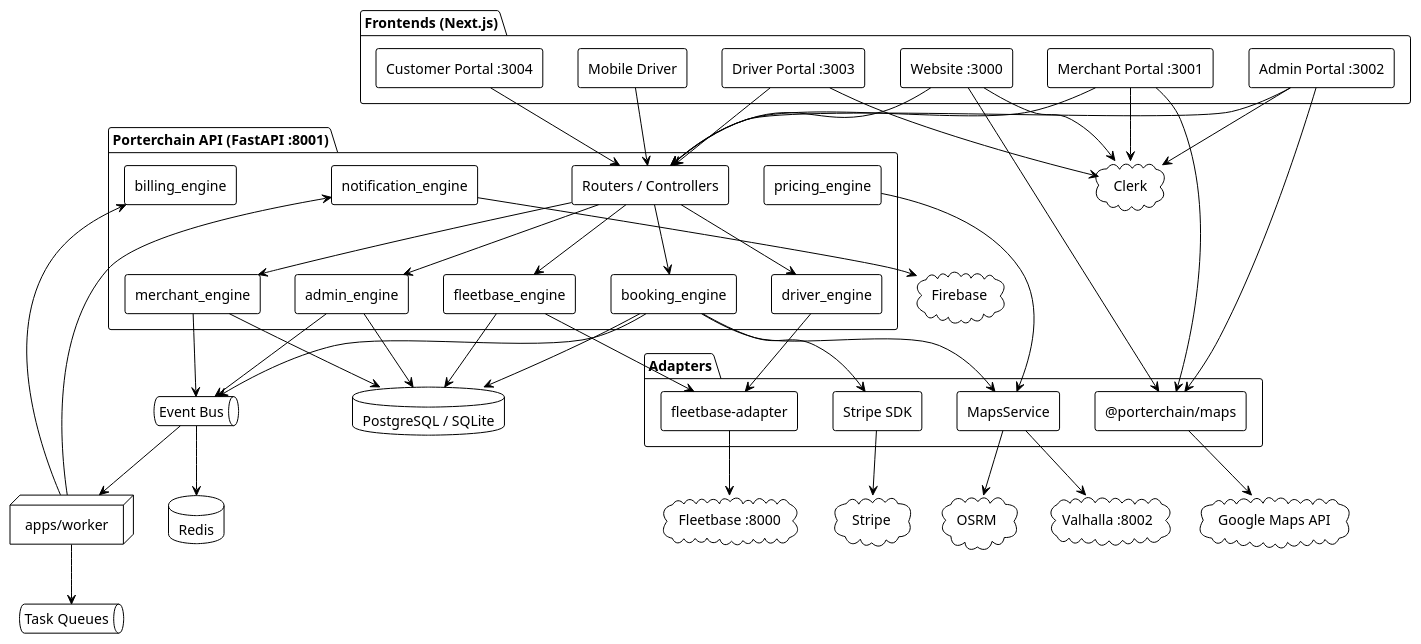
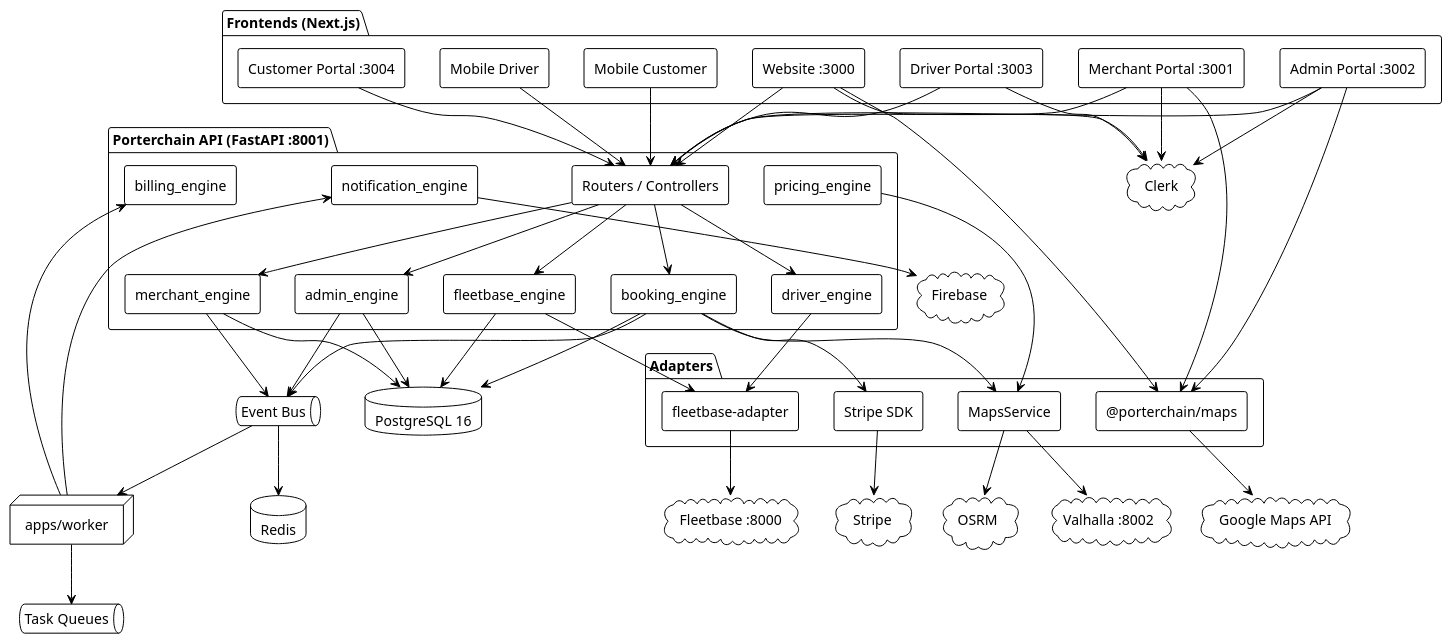
Before and after one commit to PORTERCHAIN-INC/PCD: the diagram in docs/architecture/plantuml/system_architecture.puml, drawn with PlantUML. The commit also changed 453 other files, not shown here.

```diff
--- a/docs/architecture/plantuml/system_architecture.puml
+++ b/docs/architecture/plantuml/system_architecture.puml
@@ -1,98 +1,100 @@
 @startuml system_architecture
 !theme plain
 skinparam componentStyle rectangle
 
 package "Frontends (Next.js)" {
   [Website :3000] as WEB
   [Customer Portal :3004] as CUST
   [Merchant Portal :3001] as MERCH
   [Admin Portal :3002] as ADMIN
   [Driver Portal :3003] as DRIVER
-  [Mobile Driver] as MOBILE
+  [Mobile Driver] as MOBILE_D
+  [Mobile Customer] as MOBILE_C
 }
 
 package "Porterchain API (FastAPI :8001)" {
   [Routers / Controllers] as ROUTERS
   [booking_engine] as BE
   [merchant_engine] as ME
   [admin_engine] as AE
   [fleetbase_engine] as FE
   [driver_engine] as DE
   [pricing_engine] as PE
   [billing_engine] as BLE
   [notification_engine] as NE
 }
 
-database "PostgreSQL / SQLite" as PG
+database "PostgreSQL 16" as PG
 database "Redis" as REDIS
 queue "Event Bus" as EB
 queue "Task Queues" as Q
 
 node "apps/worker" as WORKER
 
 package "Adapters" {
   [fleetbase-adapter] as FBA
   [Stripe SDK] as STRIPE
   [MapsService] as MAPS
   [@porterchain/maps] as GMAPS
 }
 
 cloud "Fleetbase :8000" as FB
 cloud "Clerk" as CLERK
 cloud "Stripe" as STRIPE_EXT
 cloud "OSRM" as OSRM
 cloud "Valhalla :8002" as VAL
 cloud "Google Maps API" as GAPI
 cloud "Firebase" as FIREBASE
 
 WEB --> ROUTERS
 CUST --> ROUTERS
 MERCH --> ROUTERS
 ADMIN --> ROUTERS
 DRIVER --> ROUTERS
-MOBILE --> ROUTERS
+MOBILE_D --> ROUTERS
+MOBILE_C --> ROUTERS
 
 ROUTERS --> BE
 ROUTERS --> ME
 ROUTERS --> AE
 ROUTERS --> FE
 ROUTERS --> DE
 
 BE --> PG
 ME --> PG
 AE --> PG
 FE --> PG
 
 BE --> EB
 ME --> EB
 AE --> EB
 EB --> REDIS
 EB --> WORKER
 WORKER --> Q
 WORKER --> NE
 WORKER --> BLE
 
 FE --> FBA
 DE --> FBA
 FBA --> FB
 
 BE --> STRIPE
 STRIPE --> STRIPE_EXT
 
 BE --> MAPS
 PE --> MAPS
 MAPS --> OSRM
 MAPS --> VAL
 
 WEB --> GMAPS
 MERCH --> GMAPS
 ADMIN --> GMAPS
 GMAPS --> GAPI
 
 WEB --> CLERK
 MERCH --> CLERK
 ADMIN --> CLERK
 DRIVER --> CLERK
 NE --> FIREBASE
 
 @enduml
```
